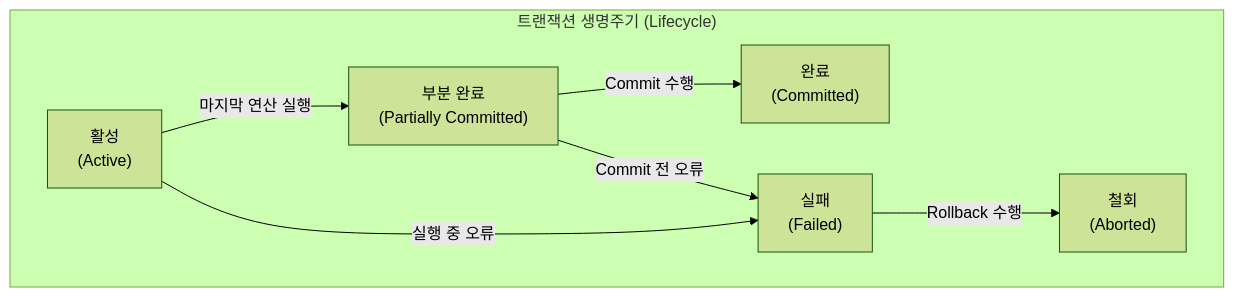
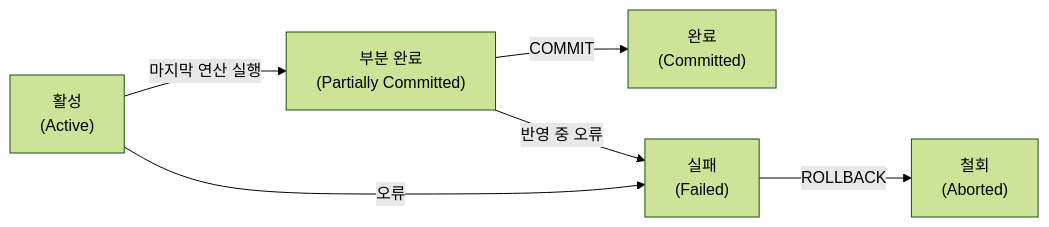
One commit to supremethumb/supremethumb.github.io changed the diagram in content/01_IT Tech/트랜잭션.md. Above: the diagram before and after it, drawn with Mermaid (forest theme). The commit also changed other lines of this file and 1087 other files, not shown here.

````diff
--- a/content/01_IT Tech/트랜잭션.md
+++ b/content/01_IT Tech/트랜잭션.md
@@ -23,21 +35,8 @@
 ```mermaid
 flowchart LR
-    subgraph Transaction_State ["트랜잭션 생명주기 (Lifecycle)"]
-        direction LR
-        
-        Active["활성<br/>(Active)"]
-        Part_Committed["부분 완료<br/>(Partially Committed)"]
-        Committed["완료<br/>(Committed)"]
-        Failed["실패<br/>(Failed)"]
-        Aborted["철회<br/>(Aborted)"]
-
-        Active -- "마지막 연산 실행" --> Part_Committed
-        Part_Committed -- "Commit 수행" --> Committed
-        
-        Active -- "실행 중 오류" --> Failed
-        Part_Committed -- "Commit 전 오류" --> Failed
-        
-        Failed -- "Rollback 수행" --> Aborted
-    end
-
+    A["활성<br/>(Active)"] -->|"마지막 연산 실행"| PC["부분 완료<br/>(Partially Committed)"]
+    PC -->|"COMMIT"| C["완료<br/>(Committed)"]
+    A -->|"오류"| F["실패<br/>(Failed)"]
+    PC -->|"반영 중 오류"| F
+    F -->|"ROLLBACK"| AB["철회<br/>(Aborted)"]
 ```
````
